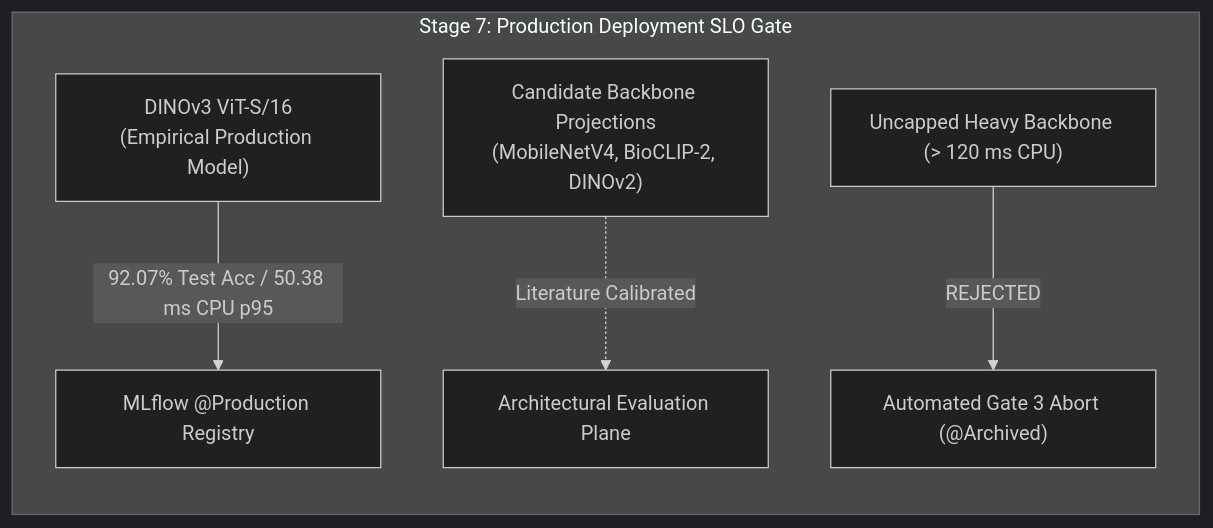
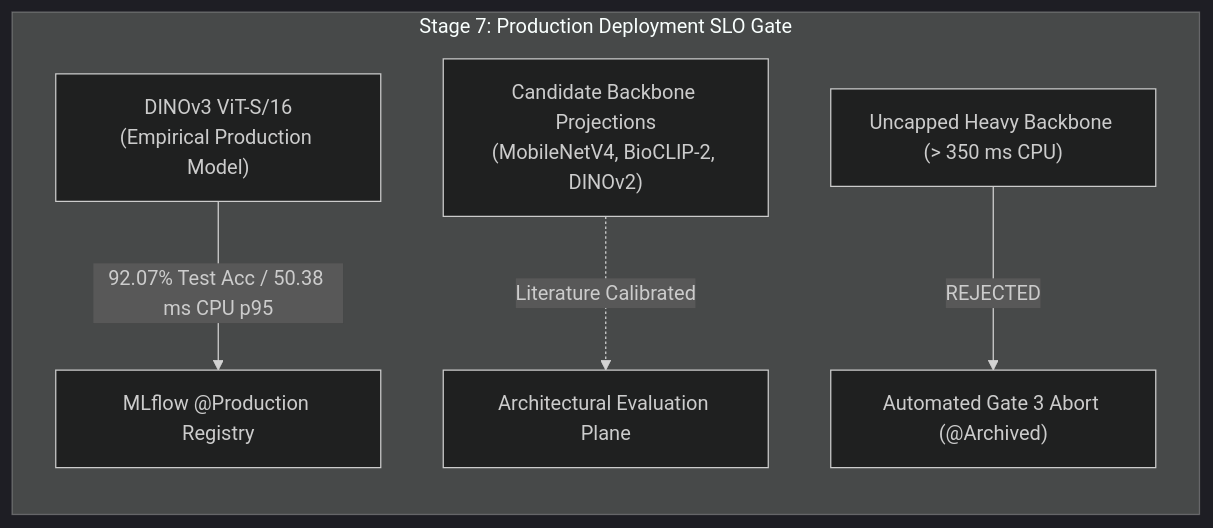
The diagram in docs/model_engineering/backbone_benchmarking_pareto.md (foersben/taxon-vision-mlops), drawn with Mermaid (dark theme) before and after one commit. The commit also changed other lines of this file and 35 other files, not shown here.

````diff
--- a/docs/model_engineering/backbone_benchmarking_pareto.md
+++ b/docs/model_engineering/backbone_benchmarking_pareto.md
@@ -69,8 +69,8 @@
 ```mermaid
 flowchart LR
     subgraph Gate["Stage 7: Production Deployment SLO Gate"]
         M1["DINOv3 ViT-S/16<br/>(Empirical Production Model)"] -->|92.07% Test Acc / 50.38 ms CPU p95| DEPLOY["MLflow @Production Registry"]
         M2["Candidate Backbone Projections<br/>(MobileNetV4, BioCLIP-2, DINOv2)"] -.->|Literature Calibrated| EVAL["Architectural Evaluation Plane"]
-        M3["Uncapped Heavy Backbone (> 120 ms CPU)"] -->|REJECTED| FAIL["Automated Gate 3 Abort (@Archived)"]
+        M3["Uncapped Heavy Backbone (> 350 ms CPU)"] -->|REJECTED| FAIL["Automated Gate 3 Abort (@Archived)"]
     end
 ```
````
